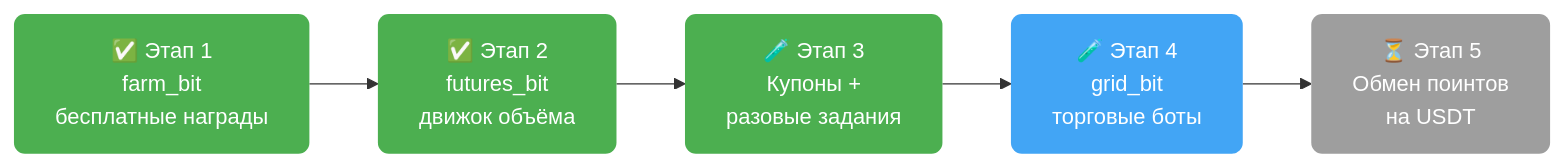
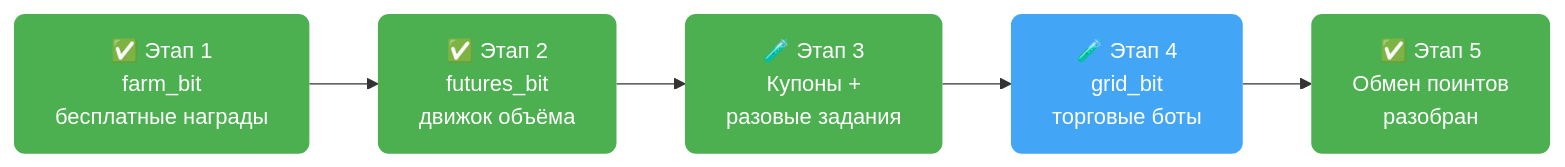
One commit to AutoPilotSoftware/docs changed the third of 3 diagrams in src/content/docs/exchanges/bitget-autopilot/farm-progress.md. Above: the diagram before and after it, drawn with Mermaid. The commit also changed other lines of this file, not shown here.

````diff
--- a/src/content/docs/exchanges/bitget-autopilot/farm-progress.md
+++ b/src/content/docs/exchanges/bitget-autopilot/farm-progress.md
@@ -411,12 +415,12 @@
 ```mermaid
 flowchart LR
     A["✅ Этап 1<br/>farm_bit<br/>бесплатные награды"] --> B["✅ Этап 2<br/>futures_bit<br/>движок объёма"]
     B --> C["🧪 Этап 3<br/>Купоны +<br/>разовые задания"]
     C --> D["🧪 Этап 4<br/>grid_bit<br/>торговые боты"]
-    D --> E["⏳ Этап 5<br/>Обмен поинтов<br/>на USDT"]
+    D --> E["✅ Этап 5<br/>Обмен поинтов<br/>разобран"]
     style A fill:#4CAF50,color:#fff,stroke:none,rx:8
     style B fill:#4CAF50,color:#fff,stroke:none,rx:8
     style C fill:#4CAF50,color:#fff,stroke:none,rx:8
     style D fill:#42A5F5,color:#fff,stroke:none,rx:8
-    style E fill:#9E9E9E,color:#fff,stroke:none,rx:8
+    style E fill:#4CAF50,color:#fff,stroke:none,rx:8
 ```
````
